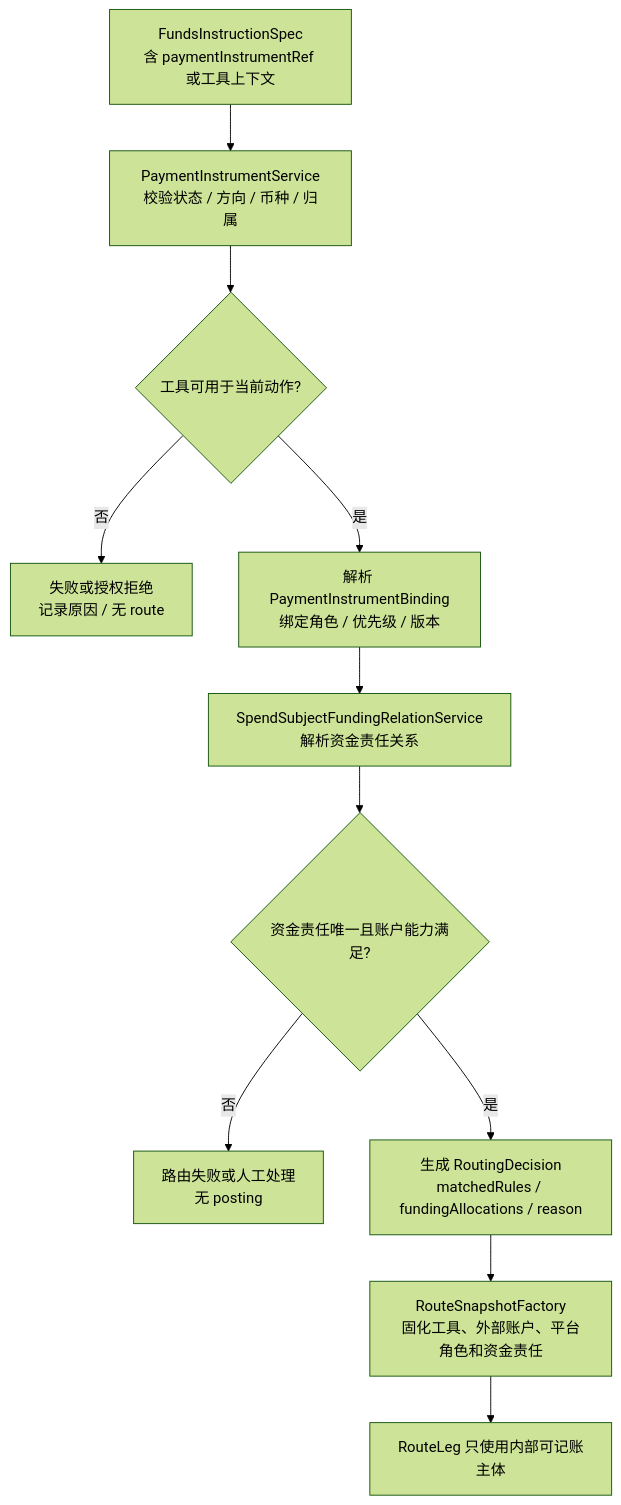
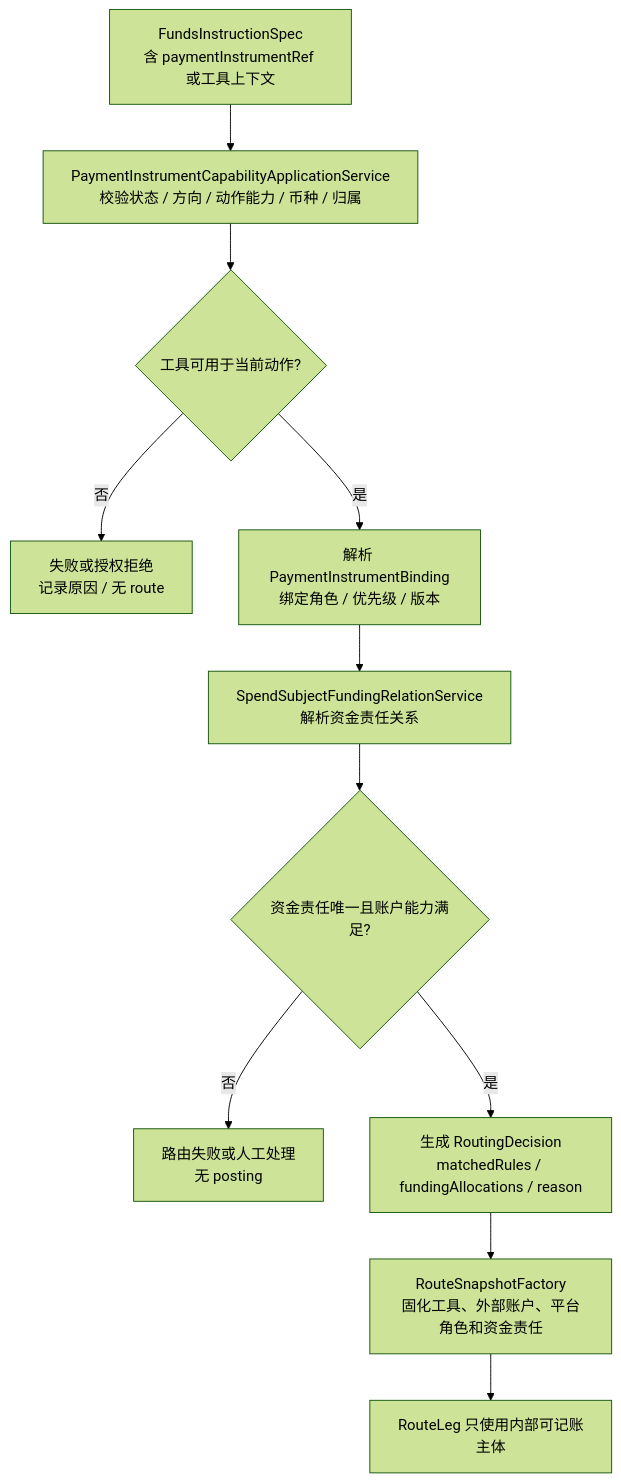
The tenth of 16 diagrams in docs/系分设计/02-交易路由钱包账目与投影系分设计.md (fengwuxp/wind-funds), drawn with Mermaid (forest theme) before and after one commit. The commit also changed other lines of this file and 6 other files, not shown here.

````diff
--- a/docs/系分设计/02-交易路由钱包账目与投影系分设计.md
+++ b/docs/系分设计/02-交易路由钱包账目与投影系分设计.md
@@ -518,13 +529,13 @@
 ```mermaid
 flowchart TD
-    A["FundsInstructionSpec\n含 paymentInstrumentRef 或工具上下文"] --> B["PaymentInstrumentService\n校验状态 / 方向 / 币种 / 归属"]
+    A["FundsInstructionSpec\n含 paymentInstrumentRef 或工具上下文"] --> B["PaymentInstrumentCapabilityApplicationService\n校验状态 / 方向 / 动作能力 / 币种 / 归属"]
     B --> C{"工具可用于当前动作?"}
     C -- "否" --> D["失败或授权拒绝\n记录原因 / 无 route"]
     C -- "是" --> E["解析 PaymentInstrumentBinding\n绑定角色 / 优先级 / 版本"]
     E --> F["SpendSubjectFundingRelationService\n解析资金责任关系"]
     F --> G{"资金责任唯一且账户能力满足?"}
     G -- "否" --> H["路由失败或人工处理\n无 posting"]
     G -- "是" --> I["生成 RoutingDecision\nmatchedRules / fundingAllocations / reason"]
     I --> J["RouteSnapshotFactory\n固化工具、外部账户、平台角色和资金责任"]
     J --> K["RouteLeg 只使用内部可记账主体"]
 ```
````
